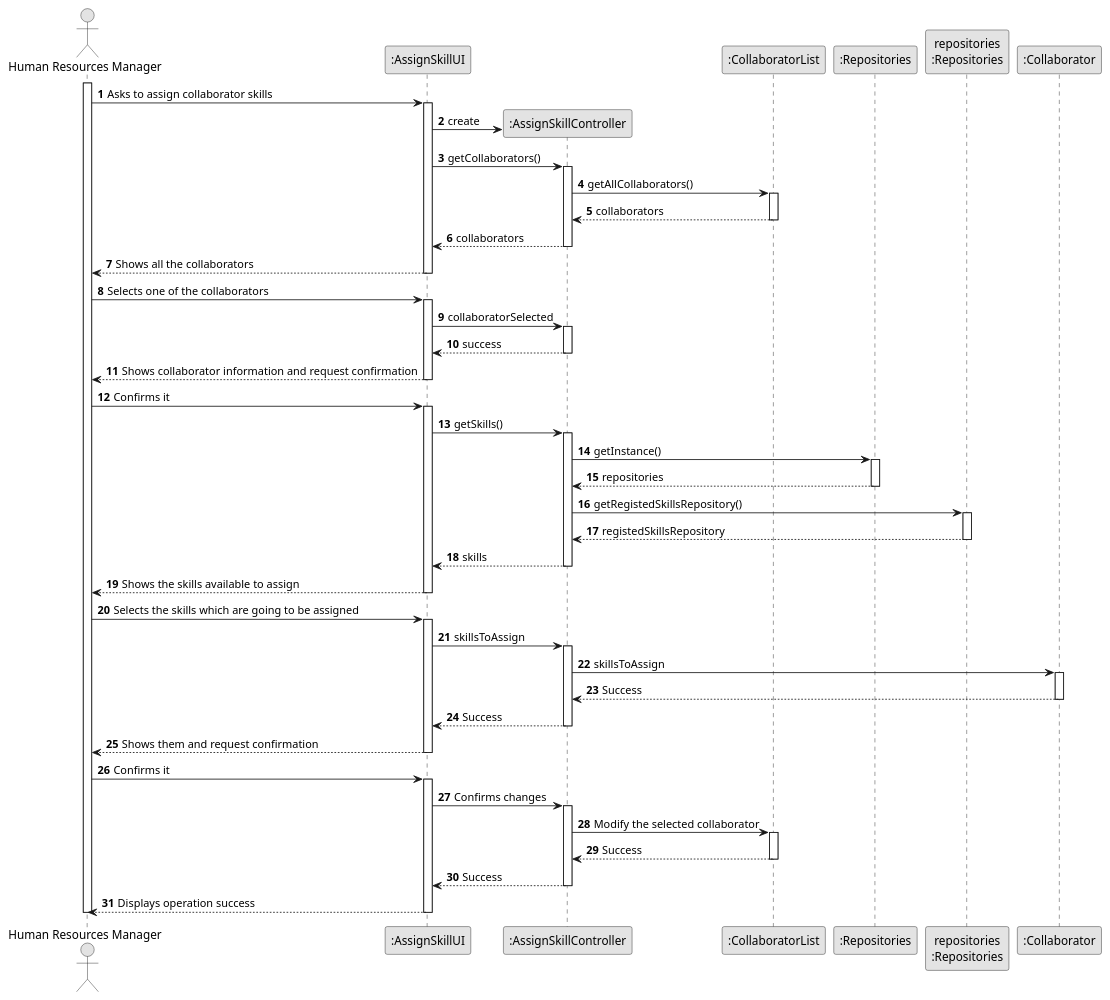
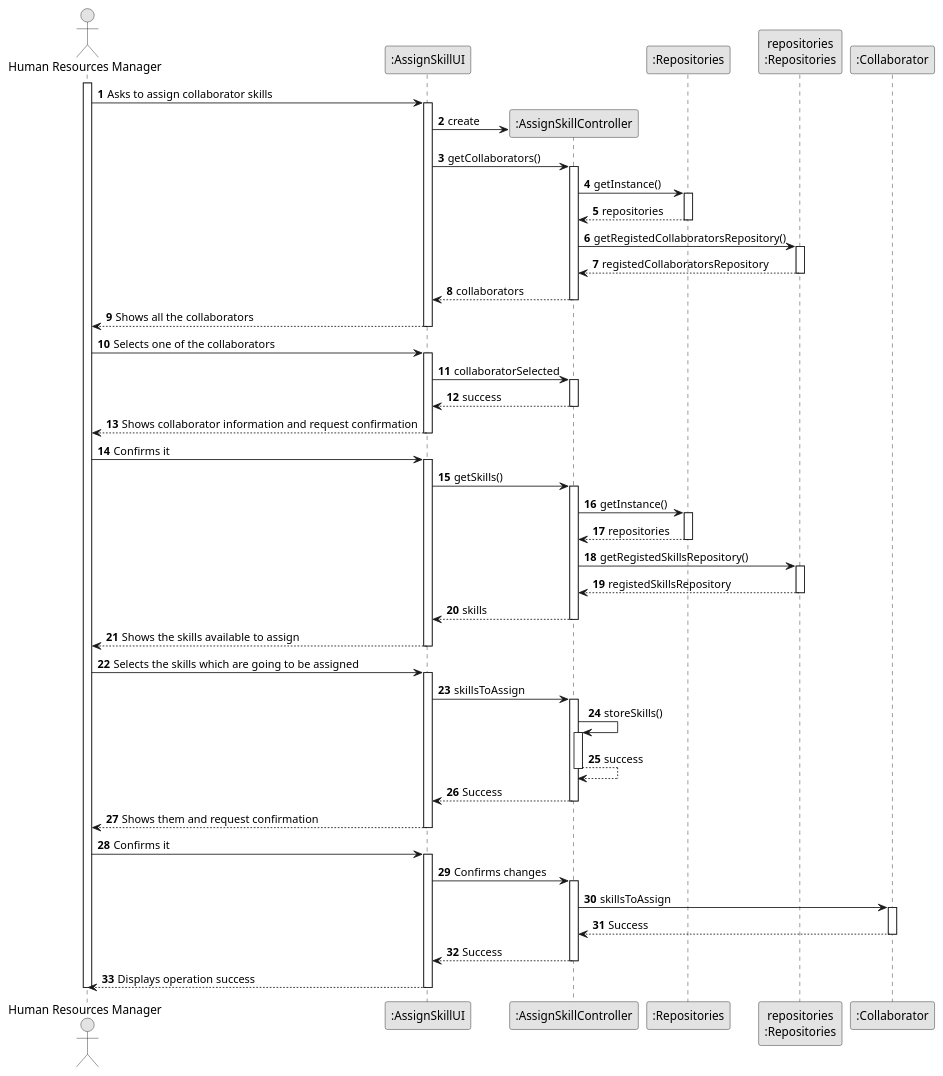
Before and after one commit to 1231360-ISEP/lei-24-s2-1db-g021: the diagram in docs/sprint2/us004/03.design/puml/us004-sequence-diagram-full.puml, drawn with PlantUML.

Commit message:
US004 - Changing the sequence diagram.

```diff
--- a/docs/sprint2/us004/03.design/puml/us004-sequence-diagram-full.puml
+++ b/docs/sprint2/us004/03.design/puml/us004-sequence-diagram-full.puml
@@ -1,114 +1,119 @@
 @startuml
 skinparam monochrome true
 skinparam packageStyle rectangle
 skinparam shadowing false
 
 autonumber
 
 'hide footbox
 actor "Human Resources Manager" as ADM
 participant ":AssignSkillUI" as UI
 participant ":AssignSkillController" as CTRL
-participant ":CollaboratorList" as CollaboratorList
 participant ":Repositories" as Repositories
 participant "repositories\n:Repositories" as RepoInstance
 participant ":Collaborator" as Collaborator
 
 activate ADM
 
         ADM -> UI : Asks to assign collaborator skills
 
         activate UI
             UI -> CTRL** : create
             UI -> CTRL : getCollaborators()
 
             activate CTRL
-                CTRL -> CollaboratorList : getAllCollaborators()
 
-                activate CollaboratorList
-                    CollaboratorList --> CTRL: collaborators
-                deactivate CollaboratorList
+                CTRL -> Repositories : getInstance()
+                activate Repositories
+                    Repositories --> CTRL : repositories
+                deactivate Repositories
+
+                CTRL -> RepoInstance : getRegistedCollaboratorsRepository()
+
+                activate RepoInstance
+                    RepoInstance --> CTRL : registedCollaboratorsRepository
+                deactivate RepoInstance
 
                 CTRL --> UI : collaborators
             deactivate CTRL
 
             UI --> ADM : Shows all the collaborators
         deactivate UI
 
         ADM -> UI : Selects one of the collaborators
 
         activate UI
 
             UI -> CTRL : collaboratorSelected
 
             activate CTRL
                 CTRL --> UI : success
             deactivate CTRL
 
             UI --> ADM : Shows collaborator information and request confirmation
         deactivate UI
 
         ADM -> UI : Confirms it
 
         activate UI
             UI -> CTRL : getSkills()
 
             activate CTRL
 
                 CTRL -> Repositories : getInstance()
 
                 activate Repositories
                     Repositories --> CTRL : repositories
                 deactivate Repositories
 
                 CTRL -> RepoInstance : getRegistedSkillsRepository()
 
                 activate RepoInstance
                     RepoInstance --> CTRL : registedSkillsRepository
                 deactivate RepoInstance
 
                 CTRL --> UI : skills
             deactivate CTRL
 
             UI --> ADM : Shows the skills available to assign
         deactivate UI
 
         ADM -> UI : Selects the skills which are going to be assigned
 
         activate UI
             UI -> CTRL : skillsToAssign
 
             activate CTRL
-                CTRL -> Collaborator : skillsToAssign
+                CTRL -> CTRL : storeSkills()
 
-                activate Collaborator
-                    Collaborator --> CTRL : Success
-                deactivate Collaborator
+                activate CTRL
+                    CTRL --> CTRL : success
+                deactivate CTRL
 
                 CTRL --> UI : Success
             deactivate CTRL
 
             UI --> ADM : Shows them and request confirmation
         deactivate UI
 
         ADM -> UI : Confirms it
 
         activate UI
             UI -> CTRL : Confirms changes
             
             activate CTRL
-                CTRL -> CollaboratorList : Modify the selected collaborator
+                CTRL -> Collaborator : skillsToAssign
 
-                activate CollaboratorList
-                    CollaboratorList --> CTRL : Success
-                deactivate CollaboratorList
+                activate Collaborator
+                    Collaborator --> CTRL : Success
+                deactivate Collaborator
 
                 CTRL --> UI : Success
             deactivate CTRL
 
             UI --> ADM : Displays operation success
         deactivate UI
 
 deactivate ADM
 
 @enduml
```
